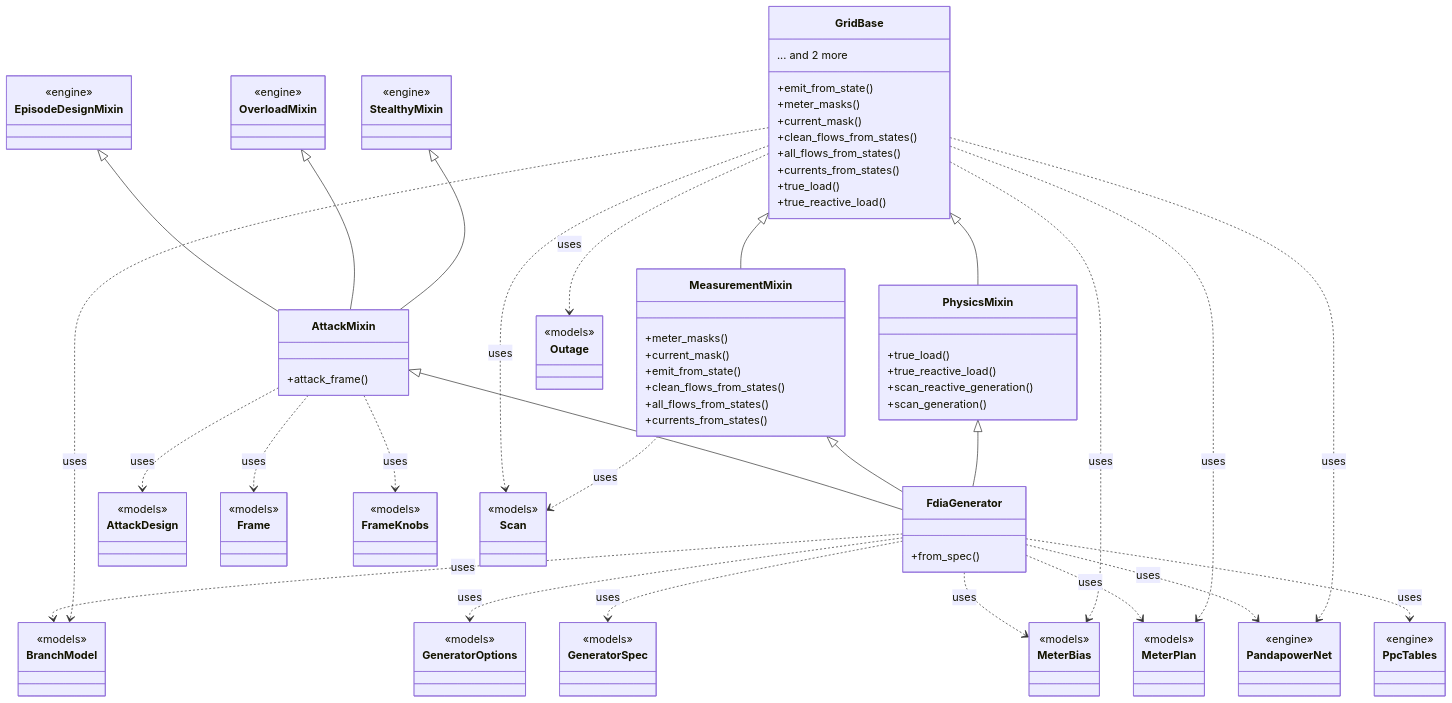
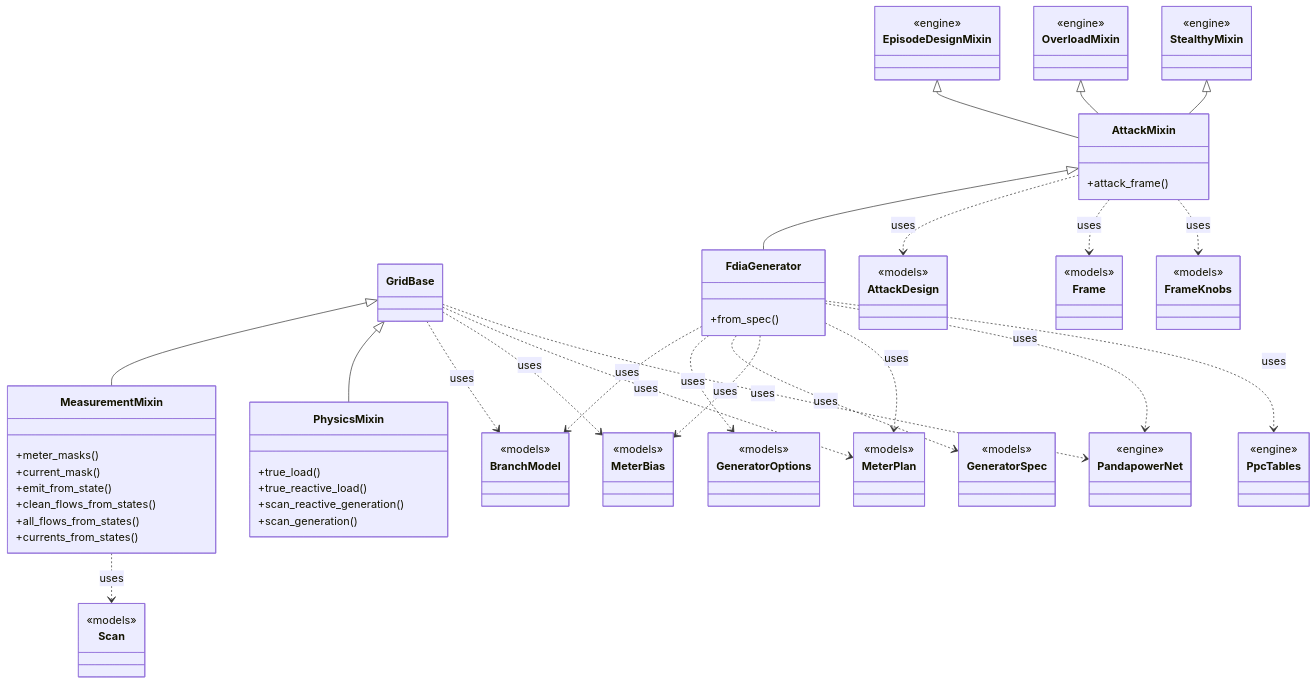
One commit to myersben9/fdia-graph changed the diagram in docs/figures/diagrams/classes_engine.mmd. Above: the diagram before and after it, drawn with Mermaid. The commit also changed 67 other files, not shown here.

First line of the commit message:
One base for the record bundles, honest mixin bases, long statements as plain steps (#252)

```diff
--- a/docs/figures/diagrams/classes_engine.mmd
+++ b/docs/figures/diagrams/classes_engine.mmd
@@ -1,102 +1,86 @@
 classDiagram
     class GridBase {
-        +emit_from_state()
-        +meter_masks()
-        +current_mask()
-        +clean_flows_from_states()
-        +all_flows_from_states()
-        +currents_from_states()
-        +true_load()
-        +true_reactive_load()
-        ... and 2 more
     }
     class MeasurementMixin {
         +meter_masks()
         +current_mask()
         +emit_from_state()
         +clean_flows_from_states()
         +all_flows_from_states()
         +currents_from_states()
     }
     class PhysicsMixin {
         +true_load()
         +true_reactive_load()
         +scan_reactive_generation()
         +scan_generation()
     }
     class AttackMixin {
         +attack_frame()
     }
     class FdiaGenerator {
         +from_spec()
     }
     class AttackDesign {
         <<models>>
     }
     class BranchModel {
         <<models>>
     }
     class EpisodeDesignMixin {
         <<engine>>
     }
     class Frame {
         <<models>>
     }
     class FrameKnobs {
         <<models>>
     }
     class GeneratorOptions {
         <<models>>
     }
     class GeneratorSpec {
         <<models>>
     }
     class MeterBias {
         <<models>>
     }
     class MeterPlan {
         <<models>>
     }
-    class Outage {
-        <<models>>
-    }
     class OverloadMixin {
         <<engine>>
     }
     class PandapowerNet {
         <<engine>>
     }
     class PpcTables {
         <<engine>>
     }
     class Scan {
         <<models>>
     }
     class StealthyMixin {
         <<engine>>
     }
     AttackMixin <|-- FdiaGenerator
     EpisodeDesignMixin <|-- AttackMixin
     GridBase <|-- MeasurementMixin
     GridBase <|-- PhysicsMixin
-    MeasurementMixin <|-- FdiaGenerator
     OverloadMixin <|-- AttackMixin
-    PhysicsMixin <|-- FdiaGenerator
     StealthyMixin <|-- AttackMixin
     AttackMixin ..> AttackDesign : uses
     AttackMixin ..> Frame : uses
     AttackMixin ..> FrameKnobs : uses
     FdiaGenerator ..> BranchModel : uses
     FdiaGenerator ..> GeneratorOptions : uses
     FdiaGenerator ..> GeneratorSpec : uses
     FdiaGenerator ..> MeterBias : uses
     FdiaGenerator ..> MeterPlan : uses
     FdiaGenerator ..> PandapowerNet : uses
     FdiaGenerator ..> PpcTables : uses
     GridBase ..> BranchModel : uses
     GridBase ..> MeterBias : uses
     GridBase ..> MeterPlan : uses
-    GridBase ..> Outage : uses
     GridBase ..> PandapowerNet : uses
-    GridBase ..> Scan : uses
     MeasurementMixin ..> Scan : uses
```
